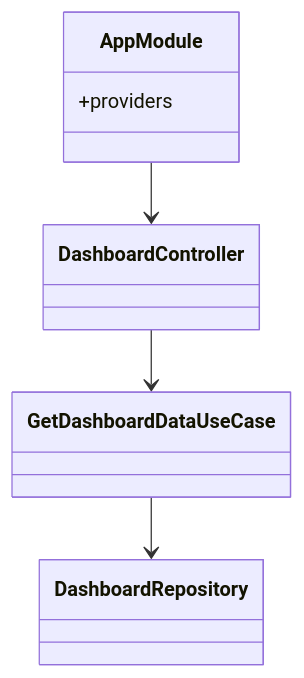
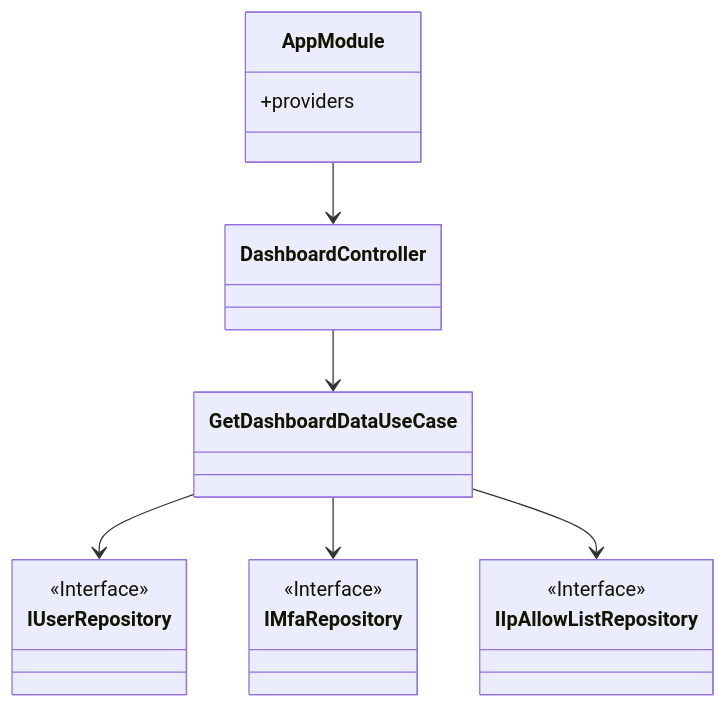
The second of 2 diagrams in docs/detailed-design/MWD-33_dashboard-implementation/class-diagrams.md (kencom2400/MrWebDefence-Console), drawn with Mermaid before and after one commit. The commit also changed other lines of this file and 3 other files, not shown here.

````diff
--- a/docs/detailed-design/MWD-33_dashboard-implementation/class-diagrams.md
+++ b/docs/detailed-design/MWD-33_dashboard-implementation/class-diagrams.md
@@ -96,19 +81,30 @@
 ```mermaid
 classDiagram
     class DashboardController {
     }
 
     class AppModule {
         +providers
     }
 
     class GetDashboardDataUseCase {
     }
 
-    class DashboardRepository {
+    class IUserRepository {
+        <<Interface>>
+    }
+
+    class IMfaRepository {
+        <<Interface>>
+    }
+
+    class IIpAllowListRepository {
+        <<Interface>>
     }
 
     AppModule --> DashboardController
     DashboardController --> GetDashboardDataUseCase
-    GetDashboardDataUseCase --> DashboardRepository
+    GetDashboardDataUseCase --> IUserRepository
+    GetDashboardDataUseCase --> IMfaRepository
+    GetDashboardDataUseCase --> IIpAllowListRepository
 ```
````
